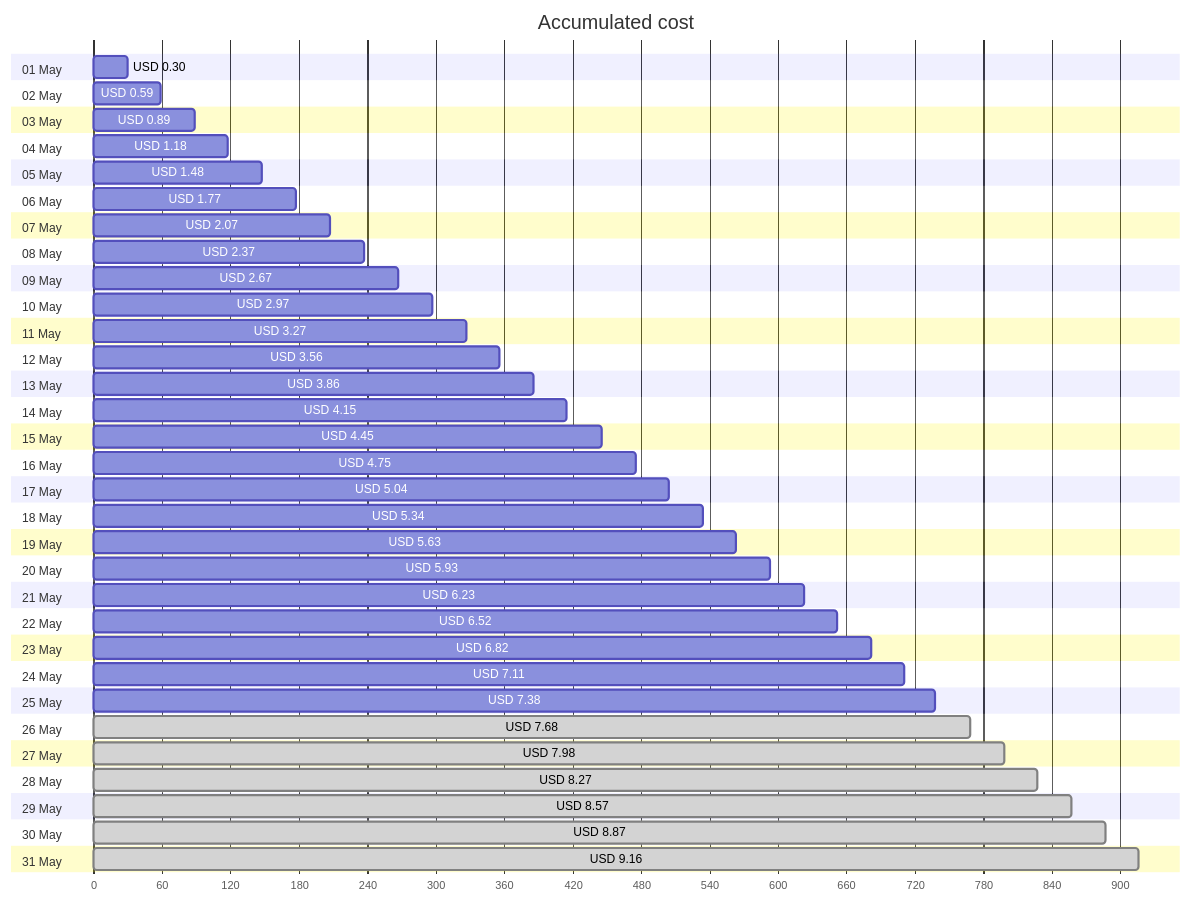
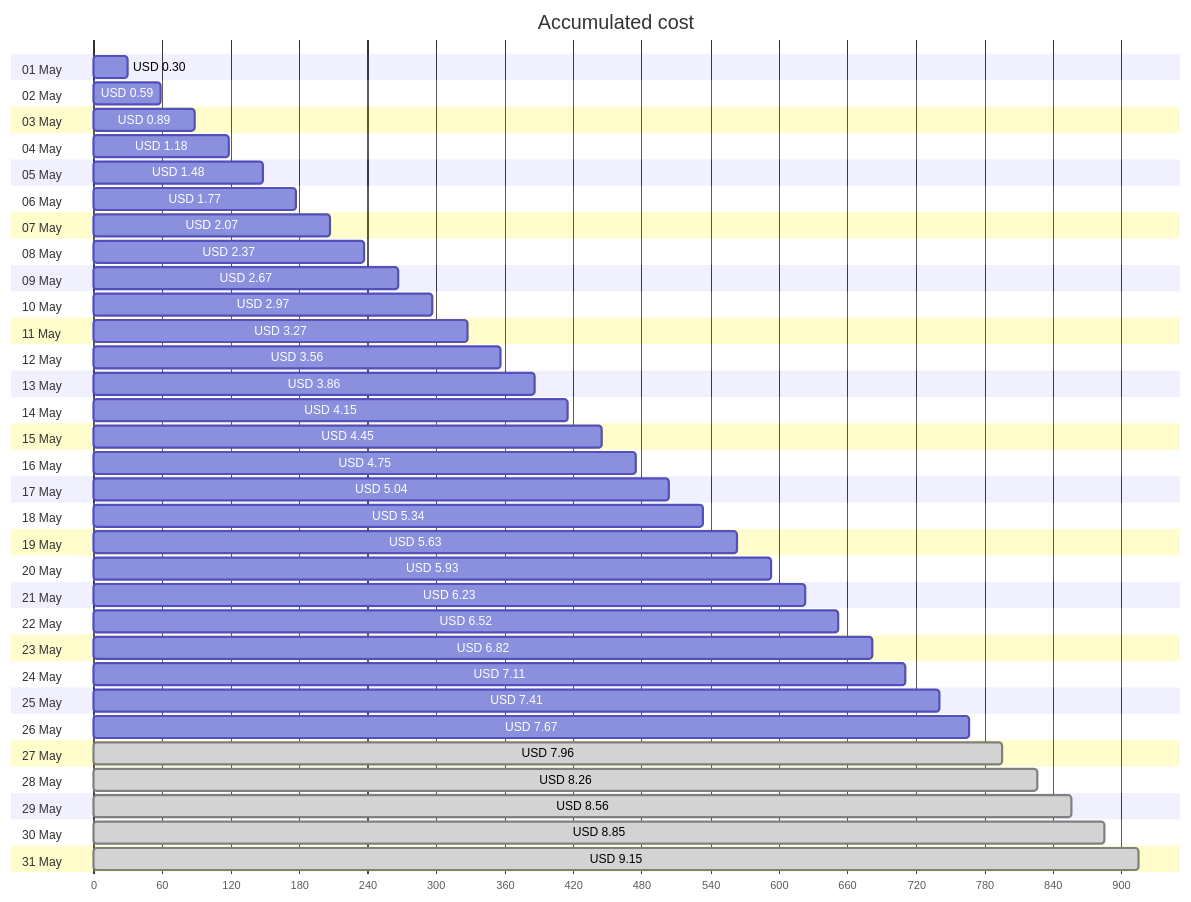
Before and after one commit to jpfulton/azure-personal-reports: the first of 4 diagrams in cost-reports/personal-site/personal-site-preview.md, drawn with Mermaid. The commit also changed other lines of this file and 6 other files, not shown here.

````diff
--- a/cost-reports/personal-site/personal-site-preview.md
+++ b/cost-reports/personal-site/personal-site-preview.md
@@ -20,68 +20,68 @@
 ```mermaid
 gantt
    title Accumulated cost
    dateFormat  X
    axisFormat %s
    section 01 May
    USD 0.30 :0, 30
    section 02 May
    USD 0.59 :0, 59
    section 03 May
    USD 0.89 :0, 89
    section 04 May
    USD 1.18 :0, 118
    section 05 May
    USD 1.48 :0, 148
    section 06 May
    USD 1.77 :0, 177
    section 07 May
    USD 2.07 :0, 207
    section 08 May
    USD 2.37 :0, 237
    section 09 May
    USD 2.67 :0, 267
    section 10 May
    USD 2.97 :0, 297
    section 11 May
    USD 3.27 :0, 327
    section 12 May
    USD 3.56 :0, 356
    section 13 May
    USD 3.86 :0, 386
    section 14 May
    USD 4.15 :0, 415
    section 15 May
    USD 4.45 :0, 445
    section 16 May
    USD 4.75 :0, 475
    section 17 May
    USD 5.04 :0, 504
    section 18 May
    USD 5.34 :0, 534
    section 19 May
    USD 5.63 :0, 563
    section 20 May
    USD 5.93 :0, 593
    section 21 May
    USD 6.23 :0, 623
    section 22 May
    USD 6.52 :0, 652
    section 23 May
    USD 6.82 :0, 682
    section 24 May
    USD 7.11 :0, 711
    section 25 May
-   USD 7.38 :0, 738
+   USD 7.41 :0, 741
    section 26 May
-   USD 7.68 : done, 0, 768
+   USD 7.67 :0, 767
    section 27 May
-   USD 7.98 : done, 0, 798
+   USD 7.96 : done, 0, 796
    section 28 May
-   USD 8.27 : done, 0, 827
+   USD 8.26 : done, 0, 826
    section 29 May
-   USD 8.57 : done, 0, 857
+   USD 8.56 : done, 0, 856
    section 30 May
-   USD 8.87 : done, 0, 887
+   USD 8.85 : done, 0, 885
    section 31 May
-   USD 9.16 : done, 0, 916
+   USD 9.15 : done, 0, 915
 ```
````
